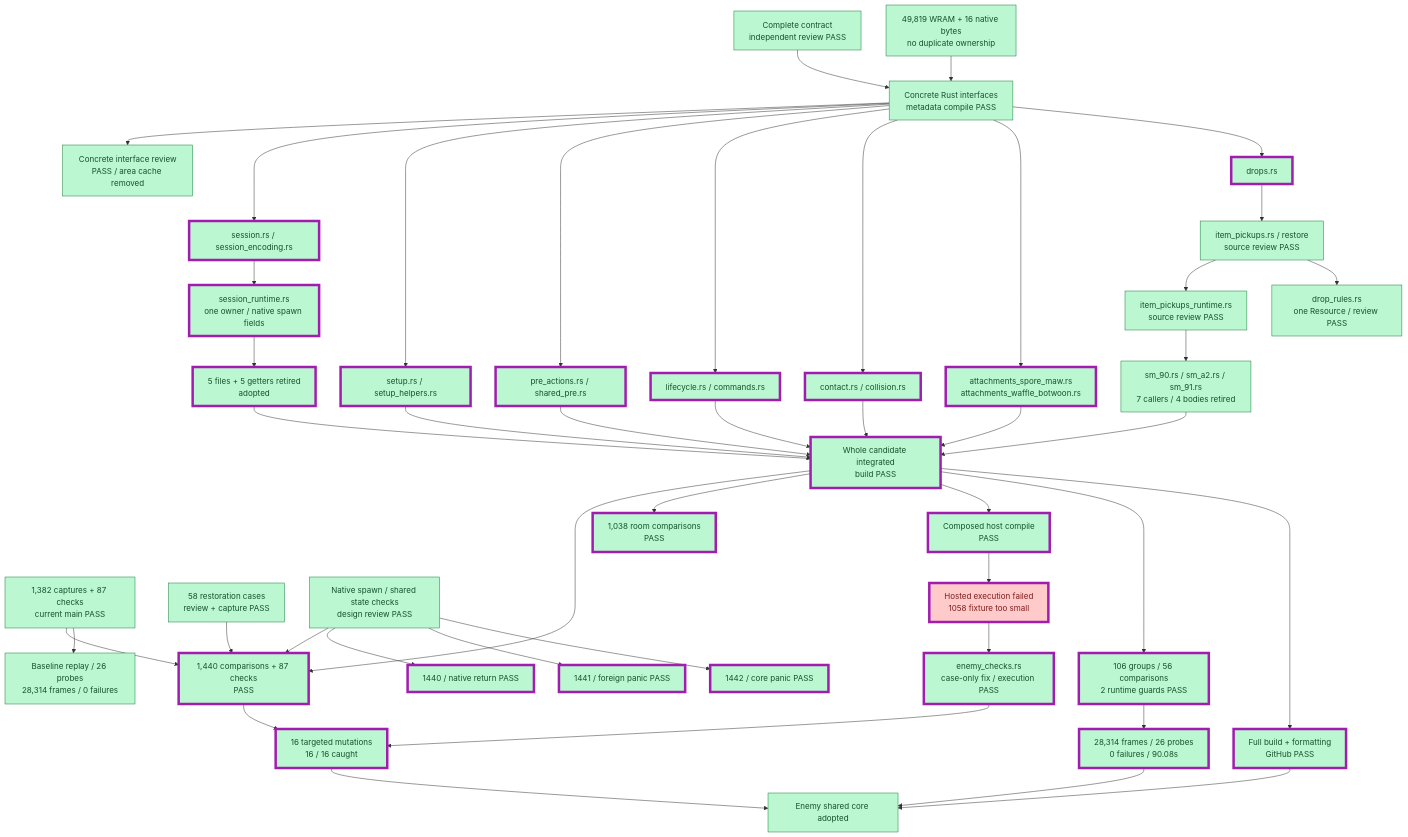
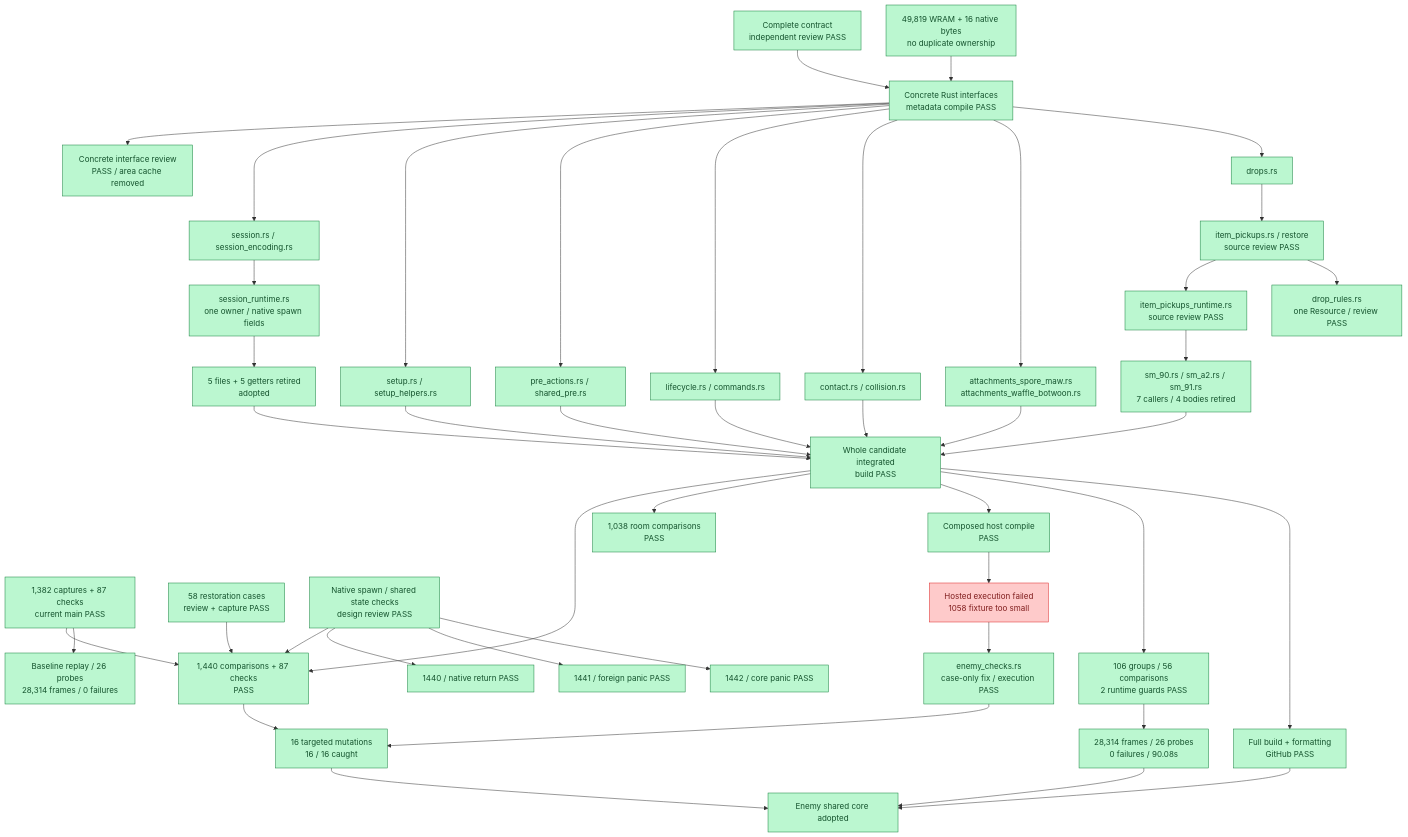
One commit to JimLundin/sm-decomp changed the second of 15 diagrams in PROGRESS.md. Above: the diagram before and after it, drawn with Mermaid. The commit also changed other lines of this file and 67 other files, not shown here.

````diff
--- a/PROGRESS.md
+++ b/PROGRESS.md
@@ -31,55 +30,54 @@
 ```mermaid
 flowchart TB
     CONTRACT["Complete contract<br/>independent review PASS"]:::done
     UNION["49,819 WRAM + 16 native bytes<br/>no duplicate ownership"]:::done
     CONTRACT --> API["Concrete Rust interfaces<br/>metadata compile PASS"]:::done
     API --> REVIEW["Concrete interface review<br/>PASS / area cache removed"]:::done
     UNION --> API
     REF["1,382 captures + 87 checks<br/>current main PASS"]:::done
     API --> S["session.rs / session_encoding.rs"]:::done
     S --> R["session_runtime.rs<br/>one owner / native spawn fields"]:::done
     API --> SETUP["setup.rs / setup_helpers.rs"]:::done
     API --> PRE["pre_actions.rs / shared_pre.rs"]:::done
     API --> LIFE["lifecycle.rs / commands.rs"]:::done
     API --> CONTACT["contact.rs / collision.rs"]:::done
     API --> ATTACH["attachments_spore_maw.rs<br/>attachments_waffle_botwoon.rs"]:::done
     API --> DROP["drops.rs"]:::done
     DROP --> INV["item_pickups.rs / restore<br/>source review PASS"]:::done
     INV --> IRT["item_pickups_runtime.rs<br/>source review PASS"]:::done
     INV --> RESOURCE["drop_rules.rs<br/>one Resource / review PASS"]:::done
     IRT --> CALL["sm_90.rs / sm_a2.rs / sm_91.rs<br/>7 callers / 4 bodies retired"]:::done
     R --> RETIRE["5 files + 5 getters retired<br/>adopted"]:::done
     SETUP --> MERGE["Whole candidate integrated<br/>build PASS"]:::done
     PRE --> MERGE
     LIFE --> MERGE
     CONTACT --> MERGE
     ATTACH --> MERGE
     CALL --> MERGE
     RETIRE --> MERGE
     RESTORE["58 restoration cases<br/>review + capture PASS"]:::done --> VERIFY["1,440 comparisons + 87 checks<br/>PASS"]:::done
     NATIVE["Native spawn / shared state checks<br/>design review PASS"]:::done --> VERIFY
     NATIVE --> NRET["1440 / native return PASS"]:::done
     NATIVE --> NPANIC["1441 / foreign panic PASS"]:::done
     NATIVE --> CPANIC["1442 / core panic PASS"]:::done
     MERGE --> VERIFY
     REF --> VERIFY
     REF --> BASEPLAY["Baseline replay / 26 probes<br/>28,314 frames / 0 failures"]:::done
     MERGE --> ROOM["1,038 room comparisons<br/>PASS"]:::done
     MERGE --> HOST["Composed host compile<br/>PASS"]:::done
     HOST --> HFAIL["Hosted execution failed<br/>1058 fixture too small"]:::failed
     HFAIL --> HFIX["enemy_checks.rs<br/>case-only fix / execution PASS"]:::done
     VERIFY --> MUT["16 targeted mutations<br/>16 / 16 caught"]:::done
     HFIX --> MUT
     MERGE --> PLAYER["106 groups / 56 comparisons<br/>2 runtime guards PASS"]:::done
     MERGE --> FRONT["Full build + formatting<br/>GitHub PASS"]:::done
     PLAYER --> PLAY["28,314 frames / 26 probes<br/>0 failures / 90.08s"]:::done
     PLAY --> ADOPT["Enemy shared core adopted"]:::done
     MUT --> ADOPT
     FRONT --> ADOPT
-    class S,R,SETUP,PRE,LIFE,CONTACT,ATTACH,DROP,RETIRE,MERGE,VERIFY,NRET,NPANIC,CPANIC,ROOM,HOST,HFAIL,HFIX,MUT,PLAYER,FRONT,PLAY changed
     classDef done fill:#bbf7d0,stroke:#15803d,color:#14532d
     classDef active fill:#fed7aa,stroke:#ea580c,color:#7c2d12
     classDef pending fill:#f1f5f9,stroke:#94a3b8,color:#475569,stroke-dasharray:5 5
     classDef failed fill:#fecaca,stroke:#dc2626,color:#7f1d1d
     classDef changed stroke:#a21caf,stroke-width:5px
 ```
````
